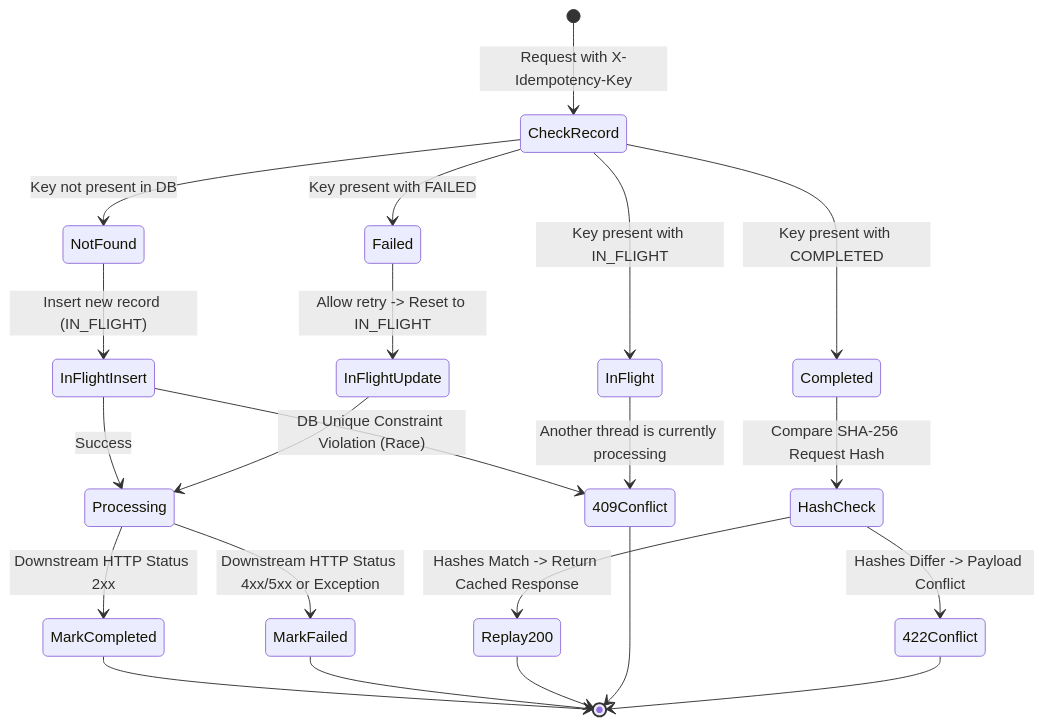
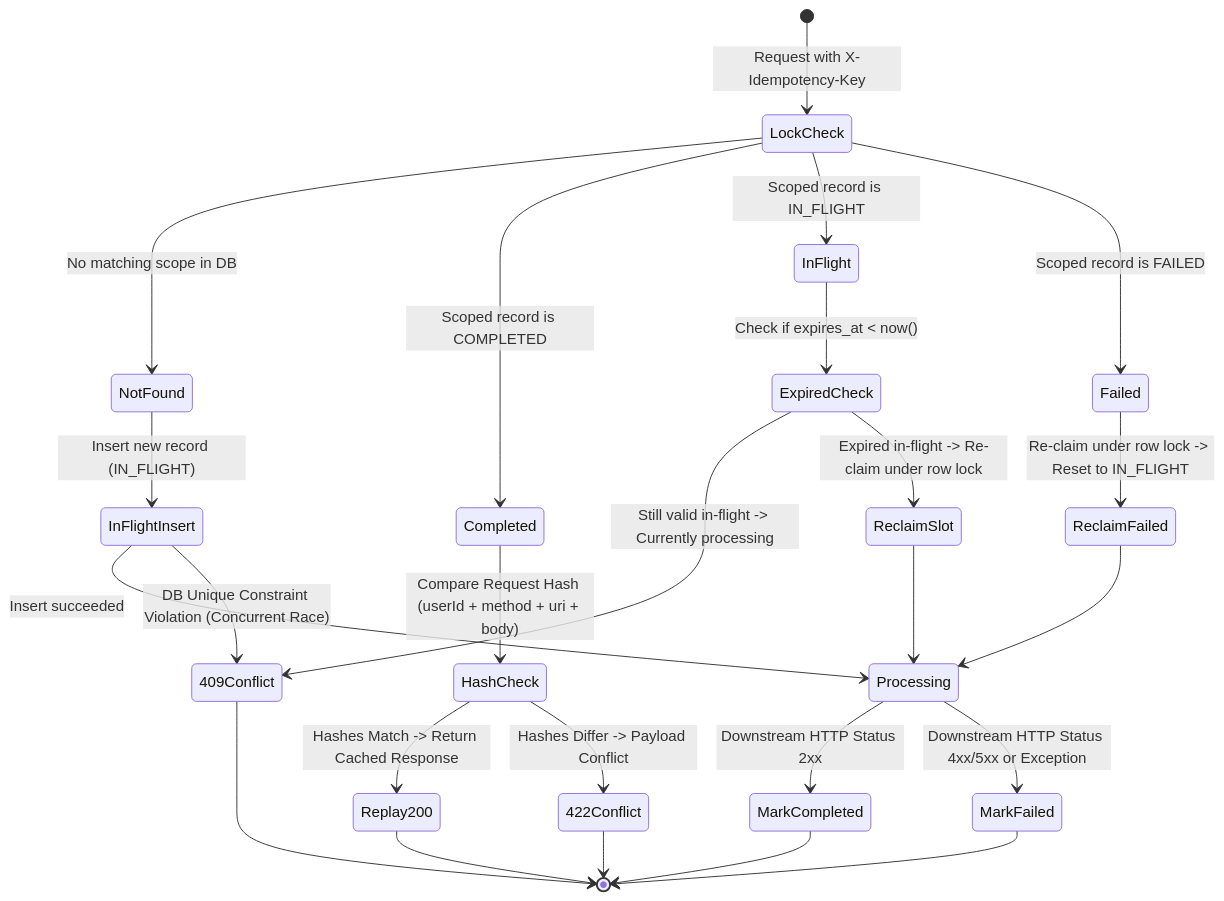
The second of 4 diagrams in lld.md (Dishan18/Warehouse), drawn with Mermaid before and after one commit. The commit also changed other lines of this file and 14 other files, not shown here.

Commit message:
fix(idempotency): externalize secrets, scope keys, and resolve recovery race condition

````diff
--- a/lld.md
+++ b/lld.md
@@ -102,31 +105,34 @@
 ```mermaid
 stateDiagram-v2
-    [*] --> CheckRecord : Request with X-Idempotency-Key
+    [*] --> LockCheck : Request with X-Idempotency-Key
     
-    CheckRecord --> NotFound : Key not present in DB
-    CheckRecord --> Completed : Key present with COMPLETED
-    CheckRecord --> InFlight : Key present with IN_FLIGHT
-    CheckRecord --> Failed : Key present with FAILED
+    LockCheck --> NotFound : No matching scope in DB
+    LockCheck --> Completed : Scoped record is COMPLETED
+    LockCheck --> InFlight : Scoped record is IN_FLIGHT
+    LockCheck --> Failed : Scoped record is FAILED
 
     NotFound --> InFlightInsert : Insert new record (IN_FLIGHT)
-    InFlightInsert --> Processing : Success
-    InFlightInsert --> 409Conflict : DB Unique Constraint Violation (Race)
+    InFlightInsert --> Processing : Insert succeeded
+    InFlightInsert --> 409Conflict : DB Unique Constraint Violation (Concurrent Race)
 
-    Completed --> HashCheck : Compare SHA-256 Request Hash
+    Completed --> HashCheck : Compare Request Hash (userId + method + uri + body)
     HashCheck --> Replay200 : Hashes Match -> Return Cached Response
     HashCheck --> 422Conflict : Hashes Differ -> Payload Conflict
 
-    InFlight --> 409Conflict : Another thread is currently processing
-    
-    Failed --> InFlightUpdate : Allow retry -> Reset to IN_FLIGHT
-    InFlightUpdate --> Processing
+    InFlight --> ExpiredCheck : Check if expires_at < now()
+    ExpiredCheck --> 409Conflict : Still valid in-flight -> Currently processing
+    ExpiredCheck --> ReclaimSlot : Expired in-flight -> Re-claim under row lock
+    ReclaimSlot --> Processing
+
+    Failed --> ReclaimFailed : Re-claim under row lock -> Reset to IN_FLIGHT
+    ReclaimFailed --> Processing
 
     Processing --> MarkCompleted : Downstream HTTP Status 2xx
     Processing --> MarkFailed : Downstream HTTP Status 4xx/5xx or Exception
 
     MarkCompleted --> [*]
     MarkFailed --> [*]
     Replay200 --> [*]
     409Conflict --> [*]
     422Conflict --> [*]
 ```
````
